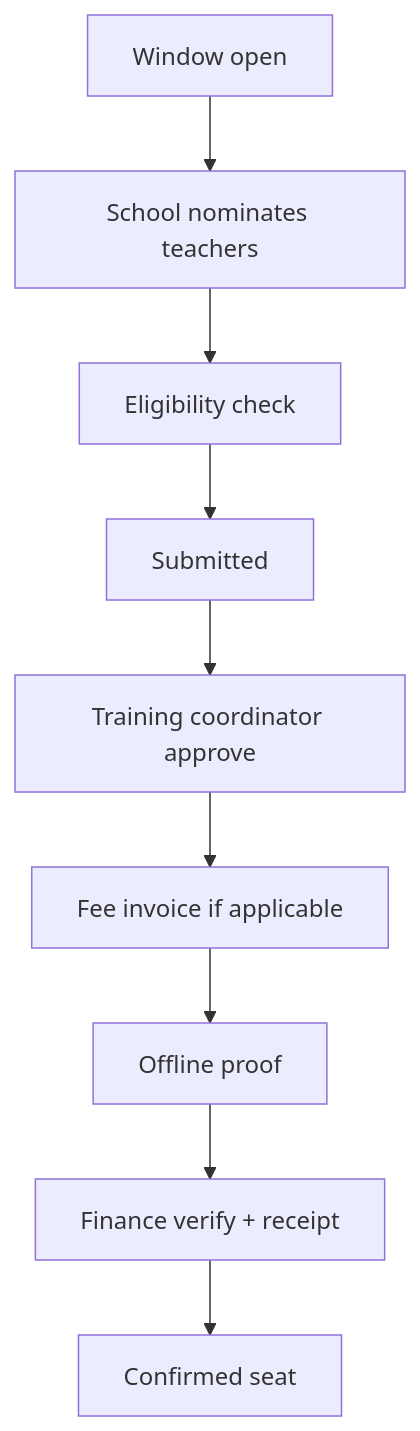
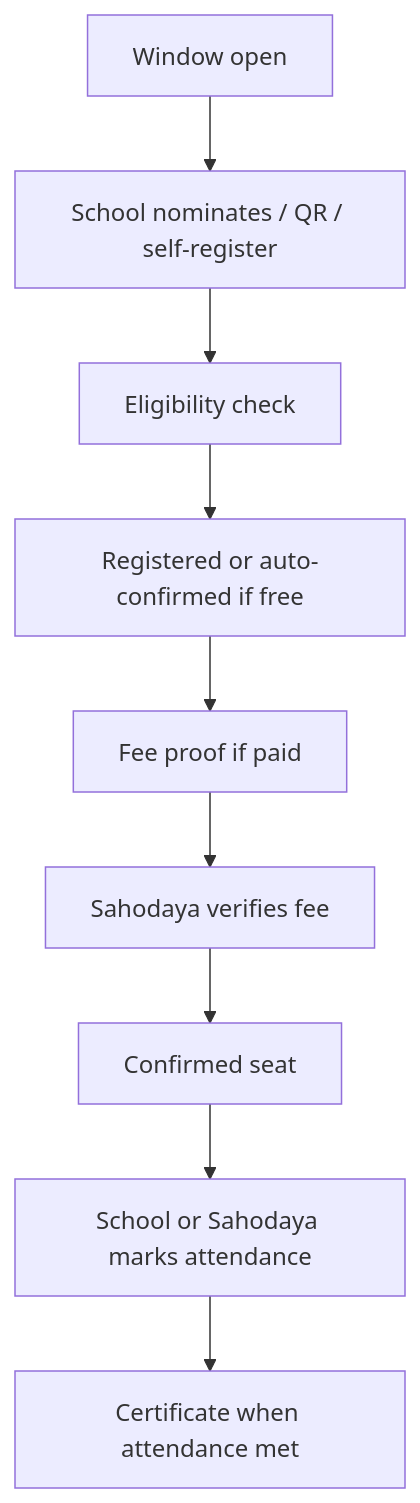
One commit to Anoop2404/multi-web changed the diagram in docs/erp/13-TEACHER_TRAINING.md. Above: the diagram before and after it, drawn with Mermaid. The commit also changed other lines of this file and 66 other files, not shown here.

````diff
--- a/docs/erp/13-TEACHER_TRAINING.md
+++ b/docs/erp/13-TEACHER_TRAINING.md
@@ -40,11 +60,11 @@
 ```mermaid
 flowchart TD
-    Open[Window open] --> Nom[School nominates teachers]
+    Open[Window open] --> Nom[School nominates / QR / self-register]
     Nom --> Elig[Eligibility check]
-    Elig --> Submit[Submitted]
-    Submit --> Approve[Training coordinator approve]
-    Approve --> Fee[Fee invoice if applicable]
-    Fee --> Proof[Offline proof]
-    Proof --> Verify[Finance verify + receipt]
+    Elig --> Submit[Registered or auto-confirmed if free]
+    Submit --> Fee[Fee proof if paid]
+    Fee --> Verify[Sahodaya verifies fee]
     Verify --> Confirm[Confirmed seat]
+    Confirm --> Attend[School or Sahodaya marks attendance]
+    Attend --> Cert[Certificate when attendance met]
 ```
````
